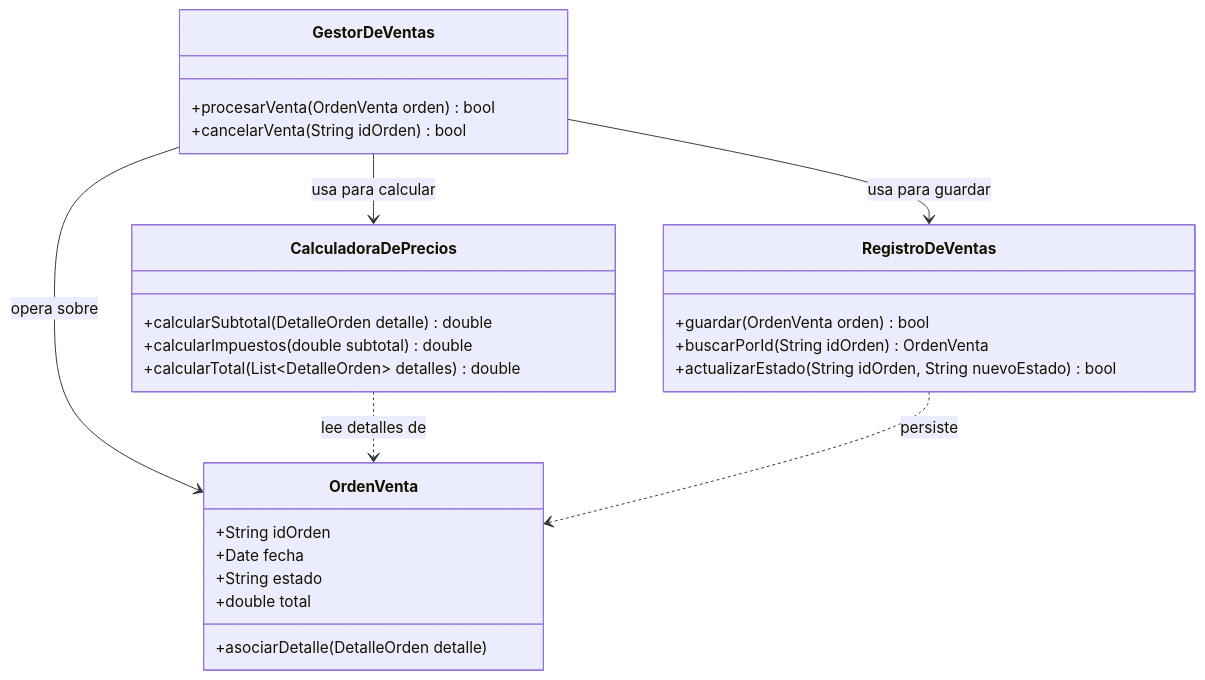
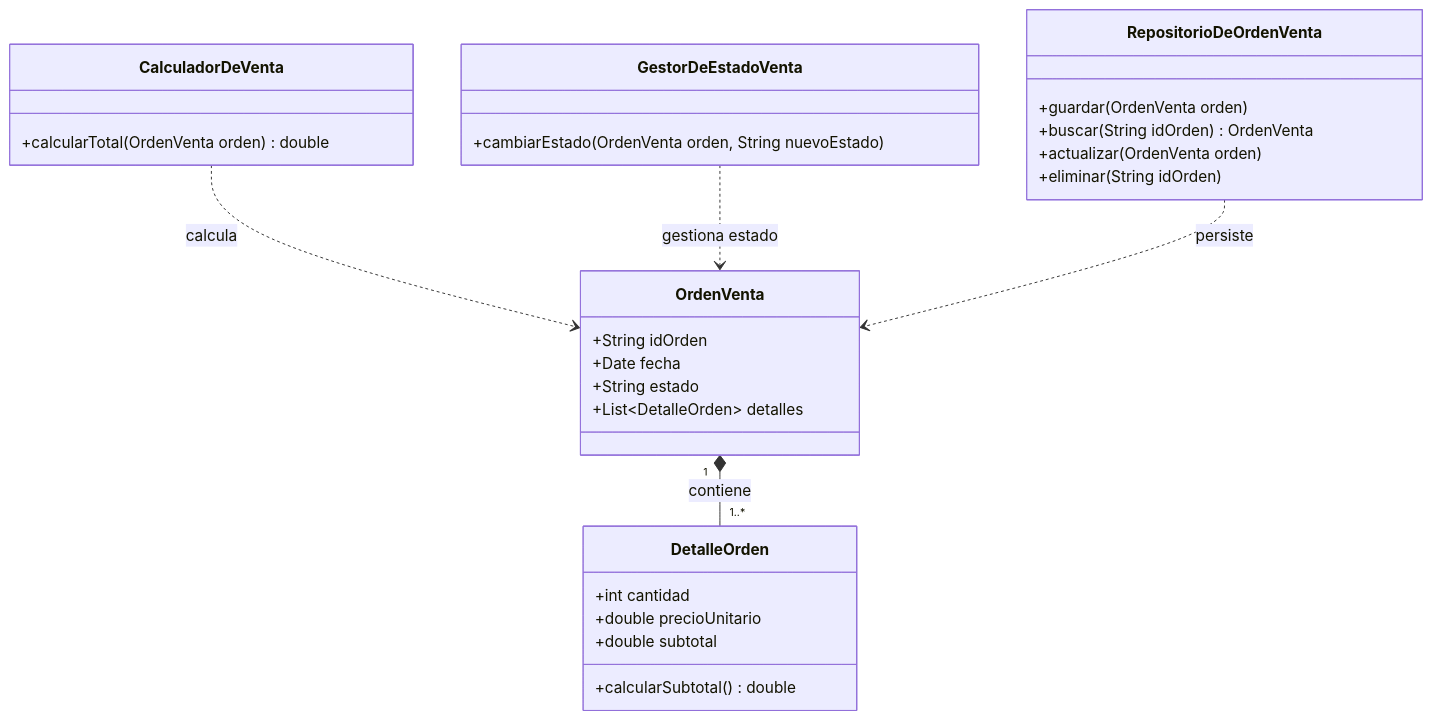
Before and after one commit to RonaldoMelgarejo/expediente-arq-melgarejo: the second of 2 diagrams in S (Principio de responsabilidad única).md, drawn with Mermaid.

Commit message:
Update S (Principio de responsabilidad única).md
Clase sobre cargada refactorizada

`````diff
--- a/S (Principio de responsabilidad única).md
+++ b/S (Principio de responsabilidad única).md
@@ -22,34 +22,36 @@
 ```mermaid
 classDiagram
     class OrdenVenta {
         +String idOrden
         +Date fecha
         +String estado
-        +double total
-        +asociarDetalle(DetalleOrden detalle)
+        +List~DetalleOrden~ detalles
     }
 
-    class CalculadoraDePrecios {
-        +calcularSubtotal(DetalleOrden detalle) double
-        +calcularImpuestos(double subtotal) double
-        +calcularTotal(List~DetalleOrden~ detalles) double
+    class CalculadorDeVenta {
+        +calcularTotal(OrdenVenta orden) double
     }
 
-    class RegistroDeVentas {
-        +guardar(OrdenVenta orden) bool
-        +buscarPorId(String idOrden) OrdenVenta
-        +actualizarEstado(String idOrden, String nuevoEstado) bool
+    class GestorDeEstadoVenta {
+        +cambiarEstado(OrdenVenta orden, String nuevoEstado)
     }
 
-    class GestorDeVentas {
-        +procesarVenta(OrdenVenta orden) bool
-        +cancelarVenta(String idOrden) bool
+    class RepositorioDeOrdenVenta {
+        +guardar(OrdenVenta orden)
+        +buscar(String idOrden) OrdenVenta
+        +actualizar(OrdenVenta orden)
+        +eliminar(String idOrden)
     }
 
-    %% Relaciones
-    GestorDeVentas --> CalculadoraDePrecios : usa para calcular
-    GestorDeVentas --> RegistroDeVentas : usa para guardar
-    GestorDeVentas --> OrdenVenta : opera sobre
-    CalculadoraDePrecios ..> OrdenVenta : lee detalles de
-    RegistroDeVentas ..> OrdenVenta : persiste
+    class DetalleOrden {
+        +int cantidad
+        +double precioUnitario
+        +double subtotal
+        +calcularSubtotal() double
+    }
+
+    OrdenVenta "1" *-- "1..*" DetalleOrden : contiene
+    CalculadorDeVenta ..> OrdenVenta : calcula
+    GestorDeEstadoVenta ..> OrdenVenta : gestiona estado
+    RepositorioDeOrdenVenta ..> OrdenVenta : persiste
 ````
`````
